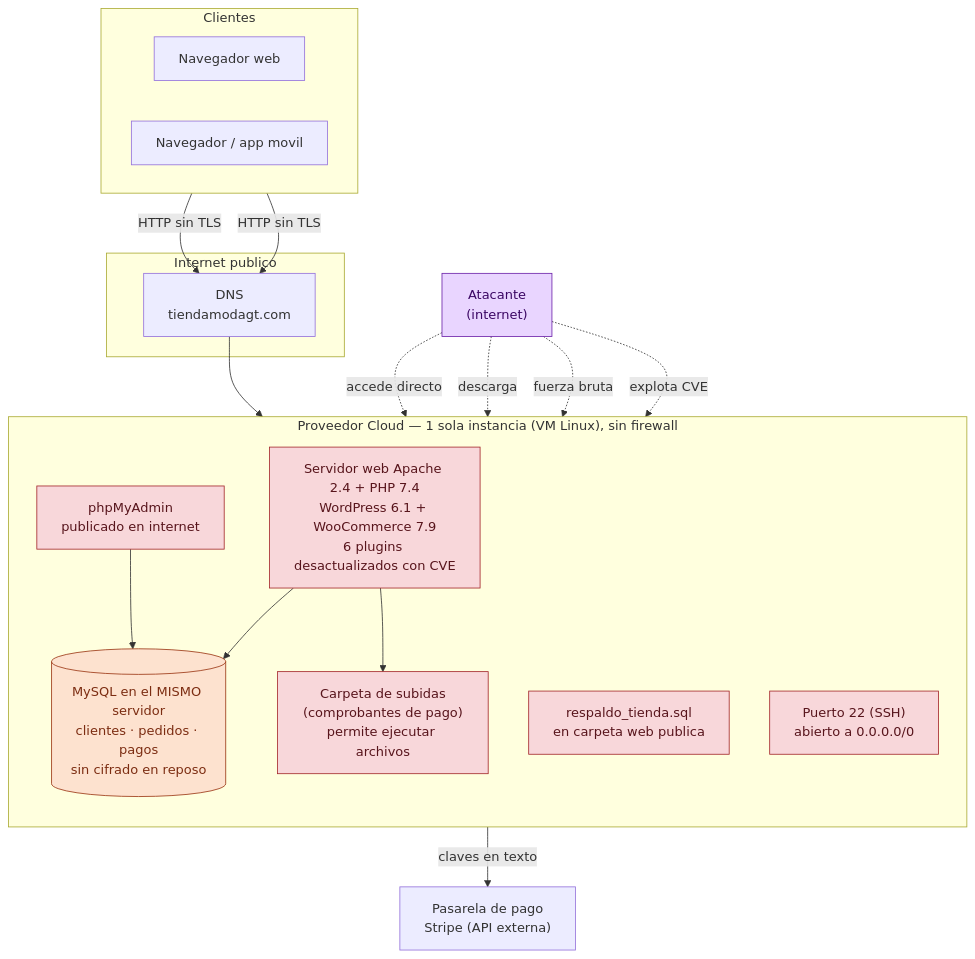
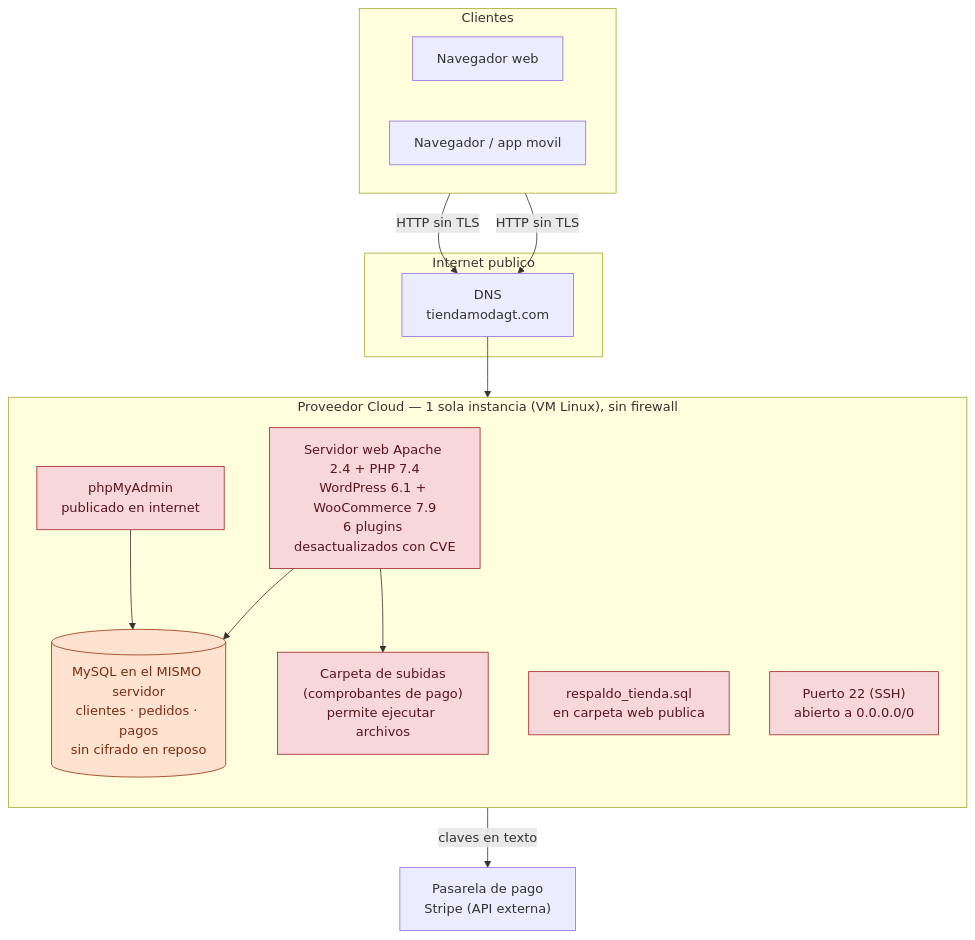
The first of 2 diagrams in ARQUITECTURA.md (JavierNavas/tienda-moda-gt), drawn with Mermaid before and after one commit. The commit also changed other lines of this file and 1 other file, not shown here.

Commit message:
Quita el nodo atacante de los diagramas de arquitectura (va en el modelo de amenazas, no aqui)

````diff
--- a/ARQUITECTURA.md
+++ b/ARQUITECTURA.md
@@ -40,45 +40,37 @@
 ```mermaid
 flowchart TB
     subgraph CLIENTES["Clientes"]
         direction LR
         WEB["Navegador web"]
         MOV["Navegador / app movil"]
     end
-
-    ATK["Atacante<br/>(internet)"]
 
     subgraph INET["Internet publico"]
         DNS["DNS<br/>tiendamodagt.com"]
     end
 
     subgraph CLOUD["Proveedor Cloud — 1 sola instancia (VM Linux), sin firewall"]
         direction TB
         APA["Servidor web Apache 2.4 + PHP 7.4<br/>WordPress 6.1 + WooCommerce 7.9<br/>6 plugins desactualizados con CVE"]
         UPL["Carpeta de subidas<br/>(comprobantes de pago)<br/>permite ejecutar archivos"]
         PMA["phpMyAdmin<br/>publicado en internet"]
         BK["respaldo_tienda.sql<br/>en carpeta web publica"]
         SSH["Puerto 22 (SSH)<br/>abierto a 0.0.0.0/0"]
         DB[("MySQL en el MISMO servidor<br/>clientes · pedidos · pagos<br/>sin cifrado en reposo")]
     end
 
     PAY["Pasarela de pago<br/>Stripe (API externa)"]
 
     WEB -->|"HTTP sin TLS"| DNS
     MOV -->|"HTTP sin TLS"| DNS
     DNS --> APA
     APA --> DB
     APA --> UPL
     APA -->|"claves en texto"| PAY
     PMA --> DB
-    ATK -.->|"accede directo"| PMA
-    ATK -.->|"descarga"| BK
-    ATK -.->|"fuerza bruta"| SSH
-    ATK -.->|"explota CVE"| APA
 
     classDef bad fill:#f8d7da,stroke:#a3262a,color:#58151c;
     classDef db fill:#fde2cf,stroke:#9a3412,color:#7c2d12;
-    classDef atk fill:#e9d5ff,stroke:#6b21a8,color:#3b0764;
     class APA,UPL,PMA,BK,SSH bad;
     class DB db;
-    class ATK atk;
 ```
````
